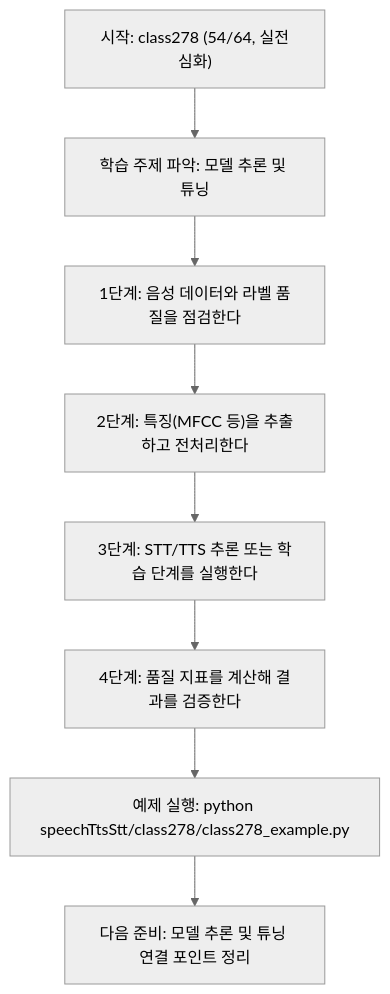
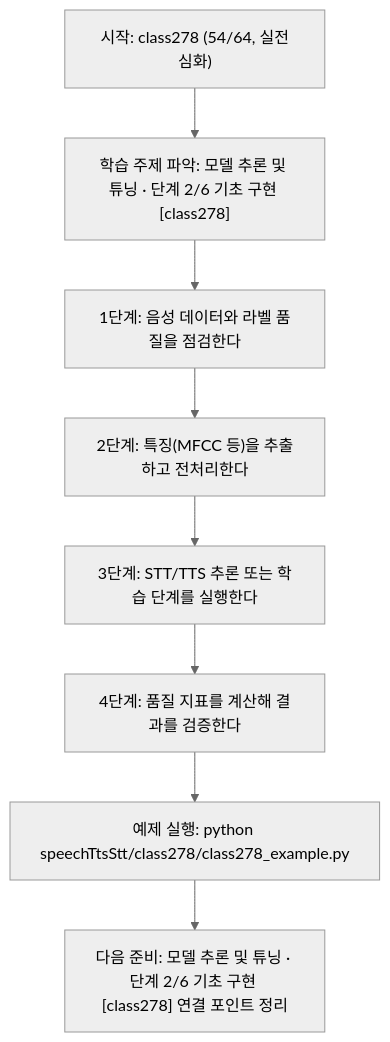
One commit to edumgt/Python-AI_Agent-Class changed the diagram in speechTtsStt/class278/class278.md. Above: the diagram before and after it, drawn with Mermaid (neutral theme). The commit also changed other lines of this file and 522 other files, not shown here.

````diff
--- a/speechTtsStt/class278/class278.md
+++ b/speechTtsStt/class278/class278.md
@@ -113,18 +114,18 @@
 ```mermaid
 flowchart TD
 N1["시작: class278 (54/64, 실전심화)"]
-N2["학습 주제 파악: 모델 추론 및 튜닝"]
+N2["학습 주제 파악: 모델 추론 및 튜닝 · 단계 2/6 기초 구현 [class278]"]
 N3["1단계: 음성 데이터와 라벨 품질을 점검한다"]
 N4["2단계: 특징(MFCC 등)을 추출하고 전처리한다"]
 N5["3단계: STT/TTS 추론 또는 학습 단계를 실행한다"]
 N6["4단계: 품질 지표를 계산해 결과를 검증한다"]
 N7["예제 실행: python speechTtsStt/class278/class278_example.py"]
-N8["다음 준비: 모델 추론 및 튜닝 연결 포인트 정리"]
+N8["다음 준비: 모델 추론 및 튜닝 · 단계 2/6 기초 구현 [class278] 연결 포인트 정리"]
 N1 --> N2
 N2 --> N3
 N3 --> N4
 N4 --> N5
 N5 --> N6
 N6 --> N7
 N7 --> N8
 ```
````
